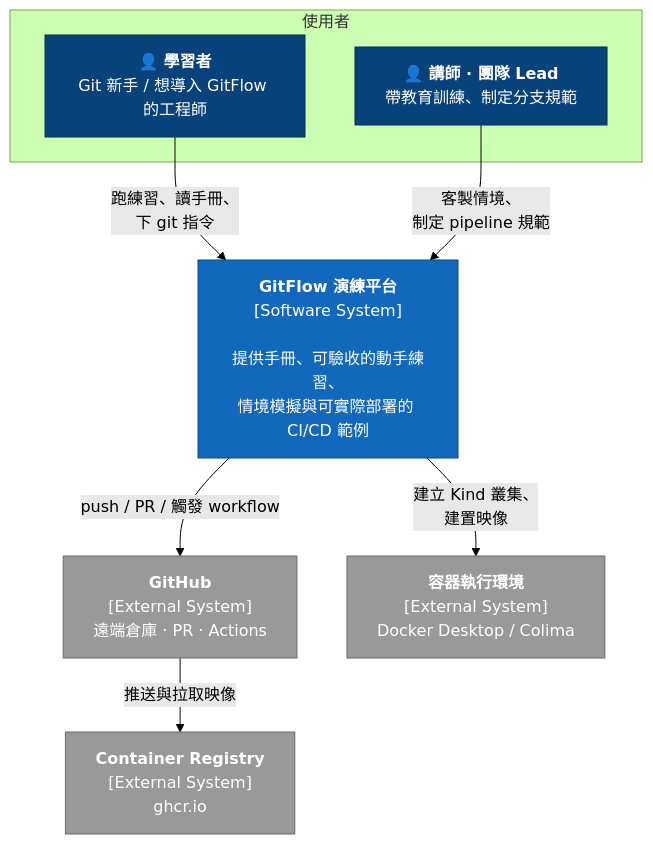
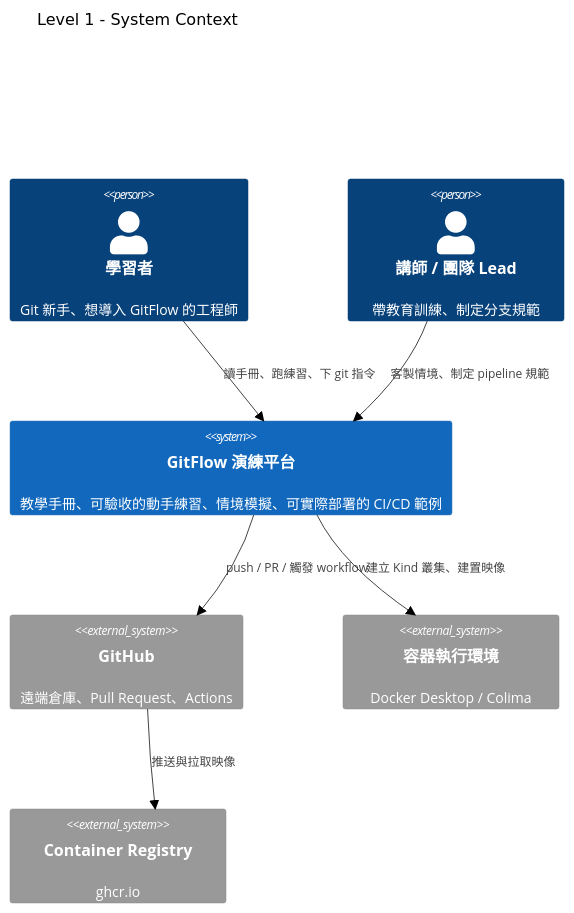
The first of 20 diagrams in README.md (ChunPingWang/gitflow-tutorial), drawn with Mermaid (forest theme) before and after one commit. The commit also changed other lines of this file and 6 other files, not shown here.

First line of the commit message:
docs(架構): 改用 Mermaid 原生 C4 語法，並新增部署視圖

````diff
--- a/README.md
+++ b/README.md
@@ -95,26 +110,15 @@
 ```mermaid
-flowchart TB
-    subgraph people["使用者"]
-        L["👤 <b>學習者</b><br/>Git 新手 / 想導入 GitFlow 的工程師"]
-        I["👤 <b>講師 · 團隊 Lead</b><br/>帶教育訓練、制定分支規範"]
-    end
-
-    P["<b>GitFlow 演練平台</b><br/>[Software System]<br/><br/>提供手冊、可驗收的動手練習、<br/>情境模擬與可實際部署的 CI/CD 範例"]
-
-    G["<b>GitHub</b><br/>[External System]<br/>遠端倉庫 · PR · Actions"]
-    D["<b>容器執行環境</b><br/>[External System]<br/>Docker Desktop / Colima"]
-    R["<b>Container Registry</b><br/>[External System]<br/>ghcr.io"]
-
-    L -->|"跑練習、讀手冊、<br/>下 git 指令"| P
-    I -->|"客製情境、<br/>制定 pipeline 規範"| P
-    P -->|"push / PR / 觸發 workflow"| G
-    P -->|"建立 Kind 叢集、<br/>建置映像"| D
-    G -->|"推送與拉取映像"| R
-
-    classDef person fill:#08427b,stroke:#052e56,color:#fff
-    classDef system fill:#1168bd,stroke:#0b4884,color:#fff
-    classDef ext fill:#999,stroke:#6b6b6b,color:#fff
-    class L,I person
-    class P system
-    class G,D,R ext
+C4Context
+title Level 1 - System Context
+Person(learner, "學習者", "Git 新手、想導入 GitFlow 的工程師")
+Person(lead, "講師 / 團隊 Lead", "帶教育訓練、制定分支規範")
+System(platform, "GitFlow 演練平台", "教學手冊、可驗收的動手練習、情境模擬、可實際部署的 CI/CD 範例")
+System_Ext(github, "GitHub", "遠端倉庫、Pull Request、Actions")
+System_Ext(runtime, "容器執行環境", "Docker Desktop / Colima")
+System_Ext(registry, "Container Registry", "ghcr.io")
+Rel(learner, platform, "讀手冊、跑練習、下 git 指令")
+Rel(lead, platform, "客製情境、制定 pipeline 規範")
+Rel(platform, github, "push / PR / 觸發 workflow")
+Rel(platform, runtime, "建立 Kind 叢集、建置映像")
+Rel(github, registry, "推送與拉取映像")
 ```
````
